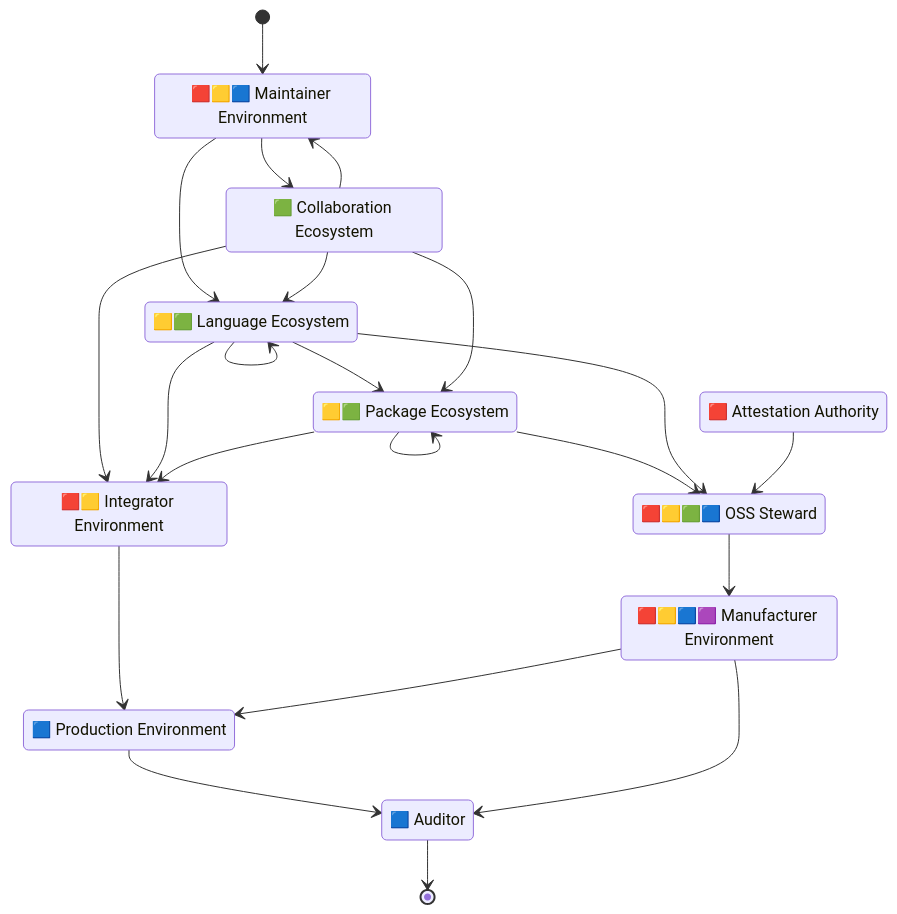
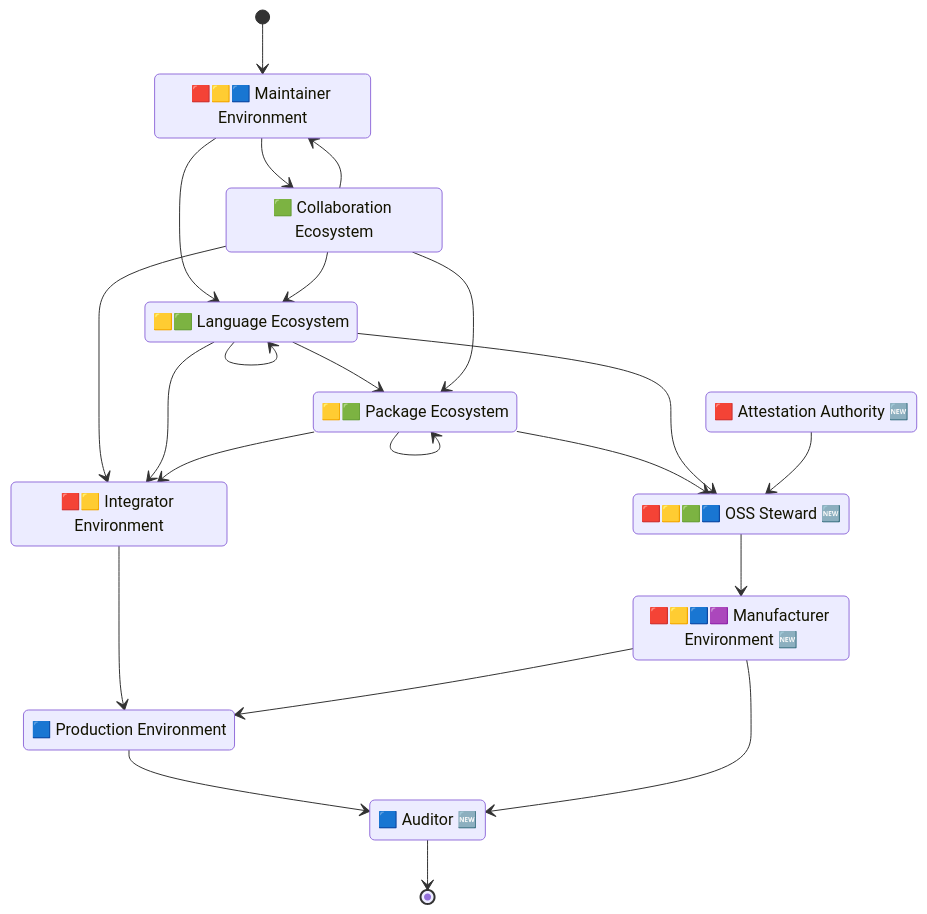
The first of 2 diagrams in docs/supplychain-sbom.md (CPAN-Security/security.metacpan.org), drawn with Mermaid before and after one commit. The commit also changed other lines of this file, not shown here.

Commit message:
Add 'Attestation' field to Auditor's list; Add 🆕 to Roles that are introduced by EU CRA

````diff
--- a/docs/supplychain-sbom.md
+++ b/docs/supplychain-sbom.md
@@ -21,46 +21,46 @@
 ```mermaid
 stateDiagram-v2
     direction TB
 
     state "🟥🟨🟦 Maintainer Environment" as environment_maintainer
     state "🟩 Collaboration Ecosystem" as ecosystem_repo
     state "🟨🟩 Language Ecosystem" as ecosystem_lang
     state "🟨🟩 Package Ecosystem" as ecosystem_package
-    state "🟥 Attestation Authority" as authority_attestation
-    state "🟥🟨🟩🟦 OSS Steward" as ecosystem_steward
+    state "🟥 Attestation Authority 🆕" as authority_attestation
+    state "🟥🟨🟩🟦 OSS Steward 🆕" as ecosystem_steward
     %%state "🟩 Delivery Network" as network_distributor
     state "🟥🟨 Integrator Environment" as environment_integrator
-    state "🟥🟨🟦🟪 Manufacturer Environment" as environment_manufacturer
+    state "🟥🟨🟦🟪 Manufacturer Environment 🆕" as environment_manufacturer
     state "🟦 Production Environment" as environment_prod
-    state "🟦 Auditor" as authority_auditor
+    state "🟦 Auditor 🆕" as authority_auditor
 
     [*]                      --> environment_maintainer
     ecosystem_repo           --> environment_maintainer
     environment_maintainer   --> ecosystem_repo
     environment_maintainer   --> ecosystem_lang
     ecosystem_lang           --> ecosystem_lang
     ecosystem_repo           --> ecosystem_lang
     %%environment_maintainer   --> network_distributor
     %%ecosystem_lang           --> network_distributor
     %%ecosystem_package        --> network_distributor
     ecosystem_lang           --> ecosystem_package
     ecosystem_repo           --> ecosystem_package
     ecosystem_package        --> ecosystem_package
     ecosystem_package        --> ecosystem_steward
     ecosystem_lang           --> ecosystem_steward
     authority_attestation    --> ecosystem_steward
     ecosystem_repo           --> environment_integrator
     ecosystem_lang           --> environment_integrator
     %%network_distributor      --> environment_integrator
     ecosystem_package        --> environment_integrator
     %%network_distributor      --> environment_manufacturer
     ecosystem_steward        --> environment_manufacturer
     environment_integrator   --> environment_prod
     environment_manufacturer --> environment_prod
     environment_prod         --> authority_auditor
     environment_manufacturer --> authority_auditor
     authority_auditor        --> [*]
 
     %% Copyright © 2024 Salve J. Nilsen <sjn@oslo.pm>
     %% Some rights reserved. Licenced CC-BY-SA-4.0
 ```
````
